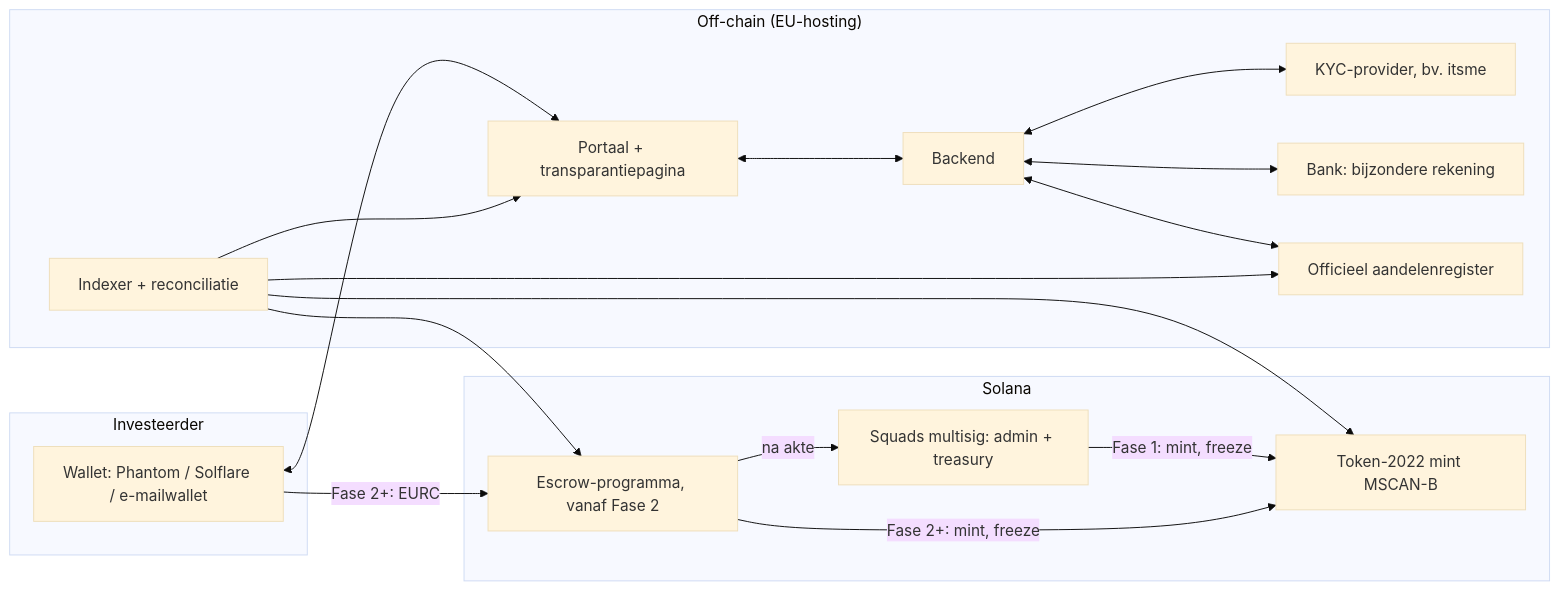
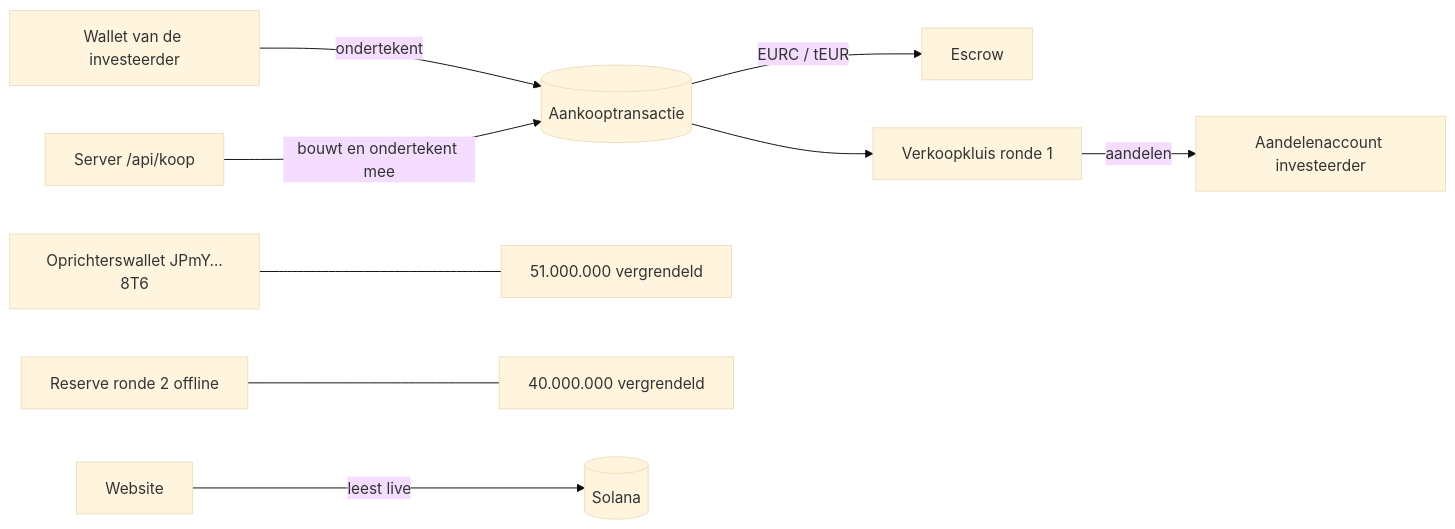
Before and after one commit to frederic-ctrl/Crowd-funding: the diagram in docs/technisch-ontwerp.md, drawn with Mermaid (base theme). The commit also changed other lines of this file and 64 other files, not shown here.

````diff
--- a/docs/technisch-ontwerp.md
+++ b/docs/technisch-ontwerp.md
@@ -11,32 +9,11 @@
 ```mermaid
 flowchart LR
-  subgraph Investeerder
-    W[Wallet: Phantom / Solflare / e-mailwallet]
-  end
-  subgraph Offchain["Off-chain (EU-hosting)"]
-    P[Portaal + transparantiepagina]
-    B[Backend]
-    K[KYC-provider, bv. itsme]
-    BK[Bank: bijzondere rekening]
-    R[Officieel aandelenregister]
-    IX[Indexer + reconciliatie]
-  end
-  subgraph Solana
-    T[Token-2022 mint MSCAN-B]
-    S[Squads multisig: admin + treasury]
-    O[Escrow-programma, vanaf Fase 2]
-  end
-  W <--> P
-  P <--> B
-  B <--> K
-  B <--> BK
-  B <--> R
-  S -->|Fase 1: mint, freeze| T
-  O -->|Fase 2+: mint, freeze| T
-  W -->|Fase 2+: EURC| O
-  O -->|na akte| S
-  IX --> T
-  IX --> O
-  IX --> R
-  IX --> P
+  W[Wallet van de investeerder] -->|ondertekent| T[(Aankooptransactie)]
+  S[Server /api/koop] -->|bouwt en ondertekent mee| T
+  T -->|EURC / tEUR| E[Escrow]
+  K[Verkoopkluis ronde 1] -->|aandelen| A[Aandelenaccount investeerder]
+  T --> K
+  O[Oprichterswallet JPmY…8T6] --- F[51.000.000 vergrendeld]
+  R[Reserve ronde 2 offline] --- G[40.000.000 vergrendeld]
+  Site[Website] -->|leest live| Chain[(Solana)]
 ```
````
